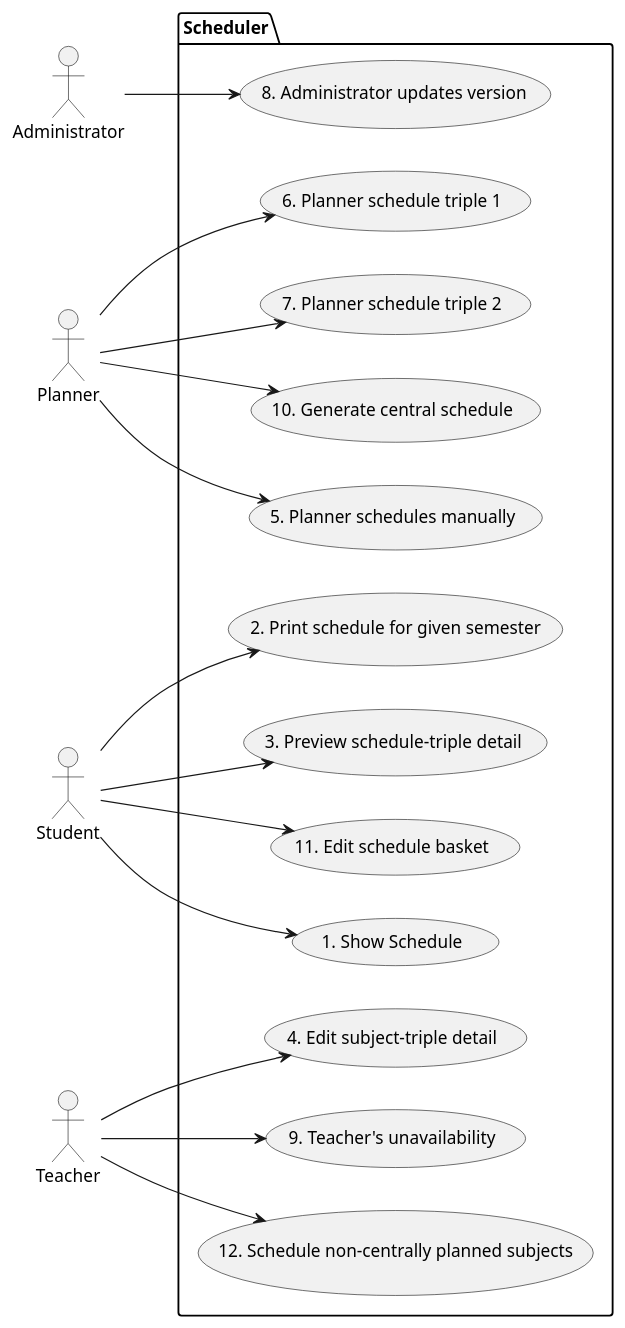
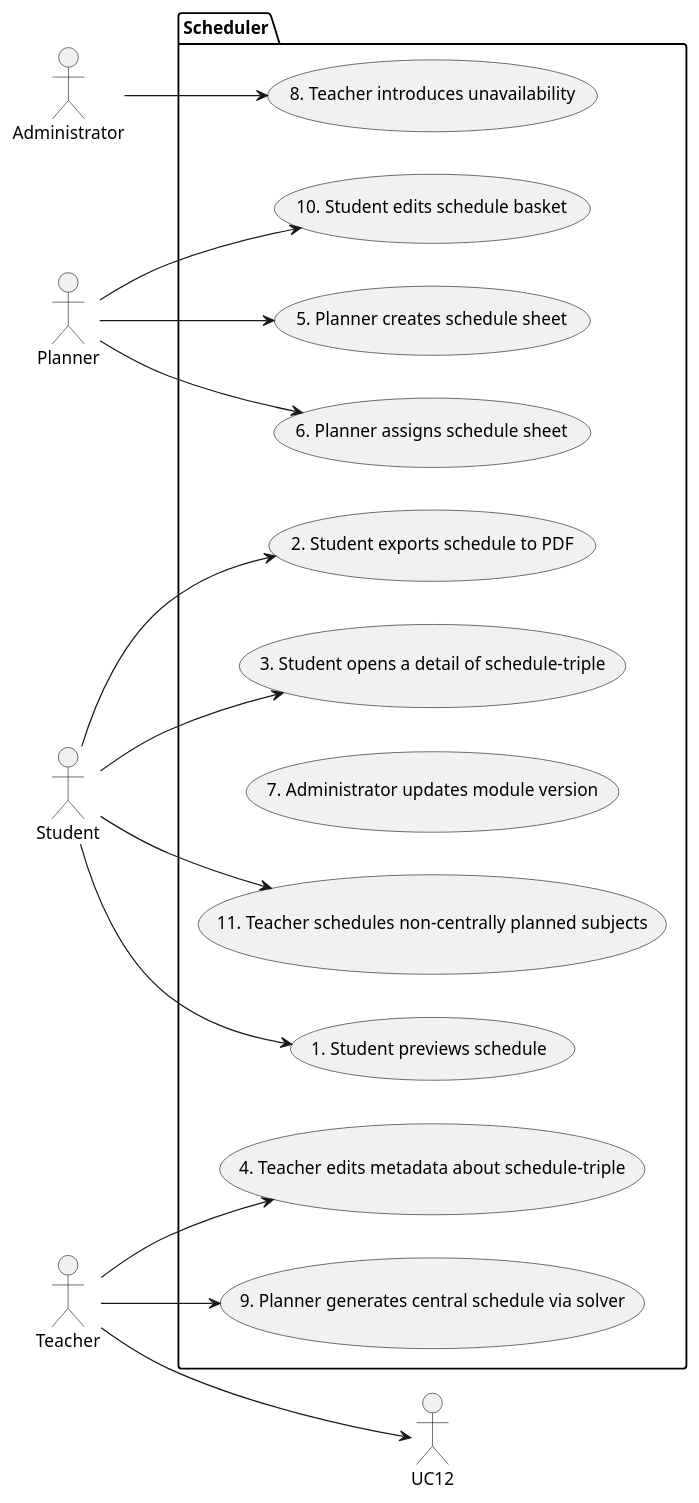
Before and after one commit to schafric/MFF-NSWI041: the second of 10 diagrams in 1/seminar-work.md, drawn with PlantUML. The commit also changed other lines of this file, not shown here.

Commit message:
update joint diagram and use-case order

````diff
--- a/1/seminar-work.md
+++ b/1/seminar-work.md
@@ -241,35 +241,33 @@
 ```plantuml
 @startuml
 left to right direction
 actor Administrator as a
 actor Planner as p
 actor Student as s
 actor Teacher as t
 package Scheduler {
-  usecase "1. Show Schedule" as UC1
-  usecase "2. Print schedule for given semester" as UC2
-  usecase "3. Preview schedule-triple detail" as UC3
-  usecase "4. Edit subject-triple detail" as UC4
-  usecase "5. Planner schedules manually" as UC5
-  usecase "6. Planner schedule triple 1" as UC6
-  usecase "7. Planner schedule triple 2" as UC7
-  usecase "8. Administrator updates version" as UC8
-  usecase "9. Teacher's unavailability" as UC9
-  usecase "10. Generate central schedule" as UC10
-  usecase "11. Edit schedule basket" as UC11
-  usecase "12. Schedule non-centrally planned subjects" as UC12
+  usecase "1. Student previews schedule" as UC1
+  usecase "2. Student exports schedule to PDF" as UC2
+  usecase "3. Student opens a detail of schedule-triple" as UC3
+  usecase "4. Teacher edits metadata about schedule-triple" as UC4
+  usecase "5. Planner creates schedule sheet" as UC5
+  usecase "6. Planner assigns schedule sheet" as UC6
+  usecase "7. Administrator updates module version" as UC7
+  usecase "8. Teacher introduces unavailability" as UC8
+  usecase "9. Planner generates central schedule via solver" as UC9
+  usecase "10. Student edits schedule basket" as UC10
+  usecase "11. Teacher schedules non-centrally planned subjects" as UC11
 }
 s --> UC1
 s --> UC2
 s --> UC3
 t --> UC4
 p --> UC5
 p --> UC6
-p --> UC7
 a --> UC8
 t --> UC9
 p --> UC10
 s --> UC11
 t --> UC12
 @enduml
 ```
````
